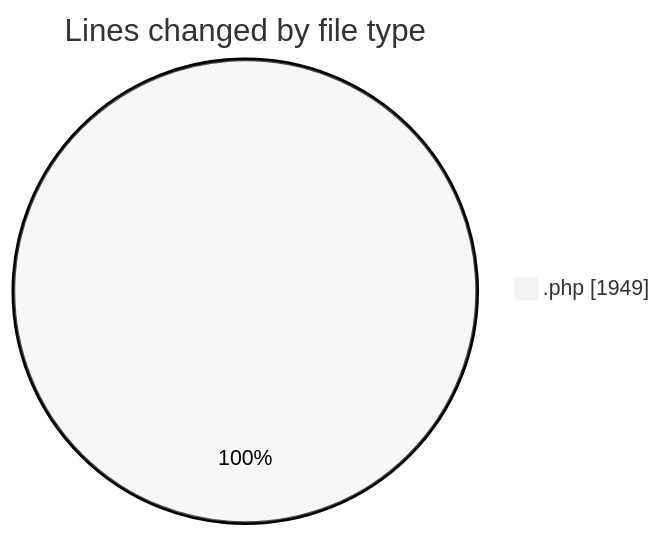
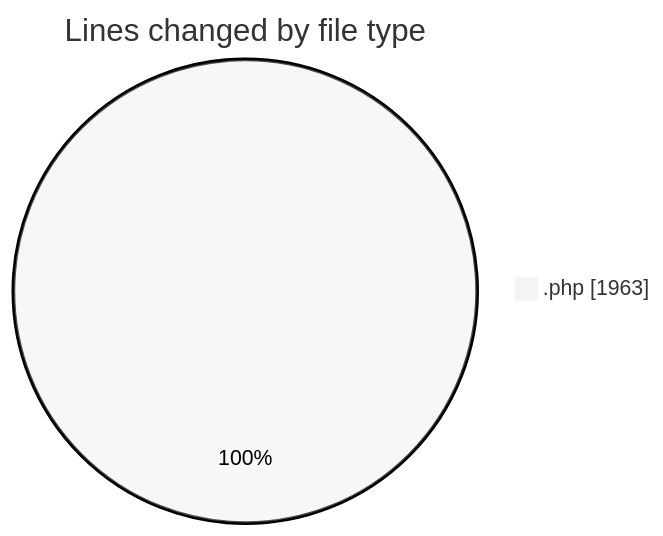
Before and after one commit to debugP/code-tracking: the first of 2 diagrams in 2025-09-30/untitled__workspace_/README.md, drawn with Mermaid (neutral theme). The commit also changed other lines of this file and 1 other file, not shown here.

````diff
--- a/2025-09-30/untitled__workspace_/README.md
+++ b/2025-09-30/untitled__workspace_/README.md
@@ -22,5 +22,5 @@
 ```mermaid
 pie showData
 title Lines changed by file type
-".php" : 1949
+".php" : 1963
 ```
````
